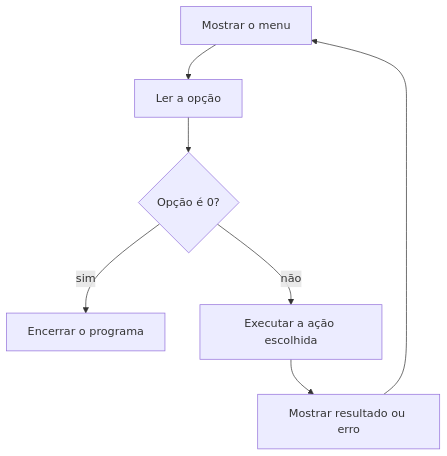
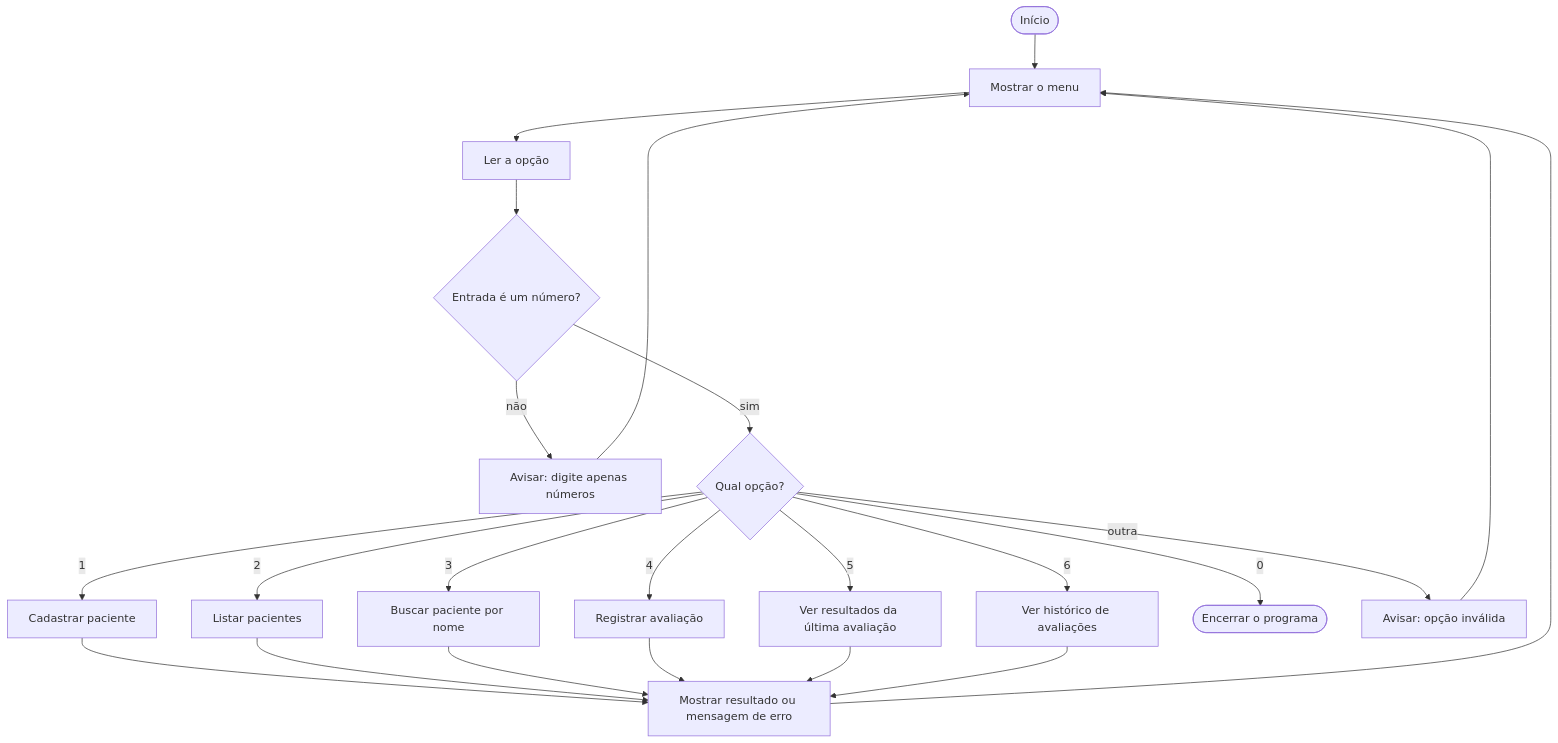
Before and after one commit to Eu-Lucas-Hickmann/SistemaNutri: the third of 8 diagrams in README.md, drawn with Mermaid. The commit also changed other lines of this file and 2 other files, not shown here.

````diff
--- a/README.md
+++ b/README.md
@@ -115,9 +273,20 @@
 ```mermaid
 flowchart TD
-    A[Mostrar o menu] --> B[Ler a opção]
-    B --> C{Opção é 0?}
-    C -- sim --> D[Encerrar o programa]
-    C -- não --> E[Executar a ação escolhida]
-    E --> F[Mostrar resultado ou erro]
-    F --> A
+    A(["Início"]) --> B["Mostrar o menu"]
+    B --> C["Ler a opção"]
+    C --> D{"Entrada é um número?"}
+    D -- não --> E["Avisar: digite apenas números"]
+    E --> B
+    D -- sim --> F{"Qual opção?"}
+    F -- 1 --> G1["Cadastrar paciente"]
+    F -- 2 --> G2["Listar pacientes"]
+    F -- 3 --> G3["Buscar paciente por nome"]
+    F -- 4 --> G4["Registrar avaliação"]
+    F -- 5 --> G5["Ver resultados da última avaliação"]
+    F -- 6 --> G6["Ver histórico de avaliações"]
+    F -- 0 --> Z(["Encerrar o programa"])
+    F -- outra --> H["Avisar: opção inválida"]
+    H --> B
+    G1 & G2 & G3 & G4 & G5 & G6 --> I["Mostrar resultado ou mensagem de erro"]
+    I --> B
 ```
````
